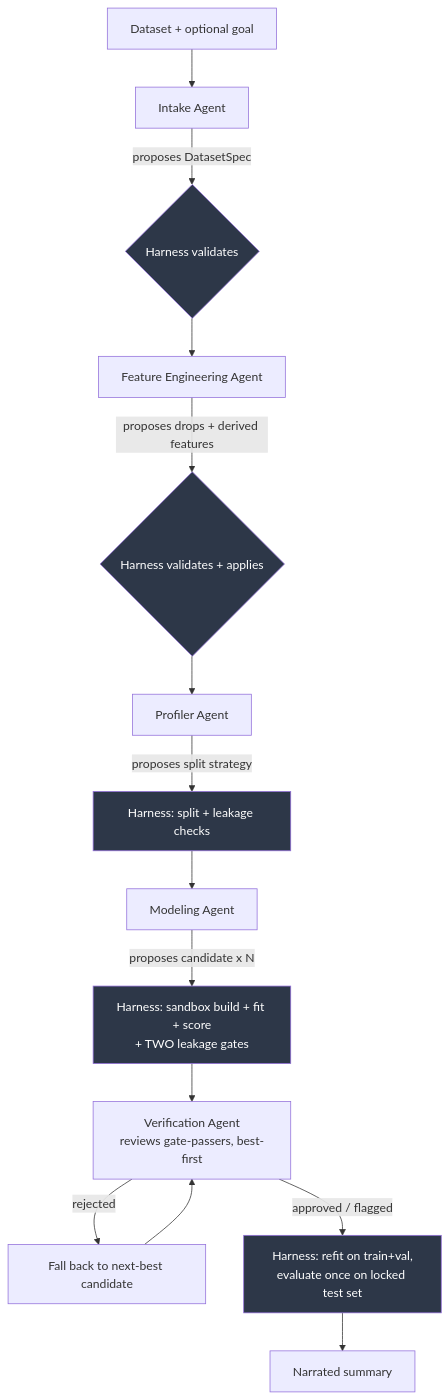
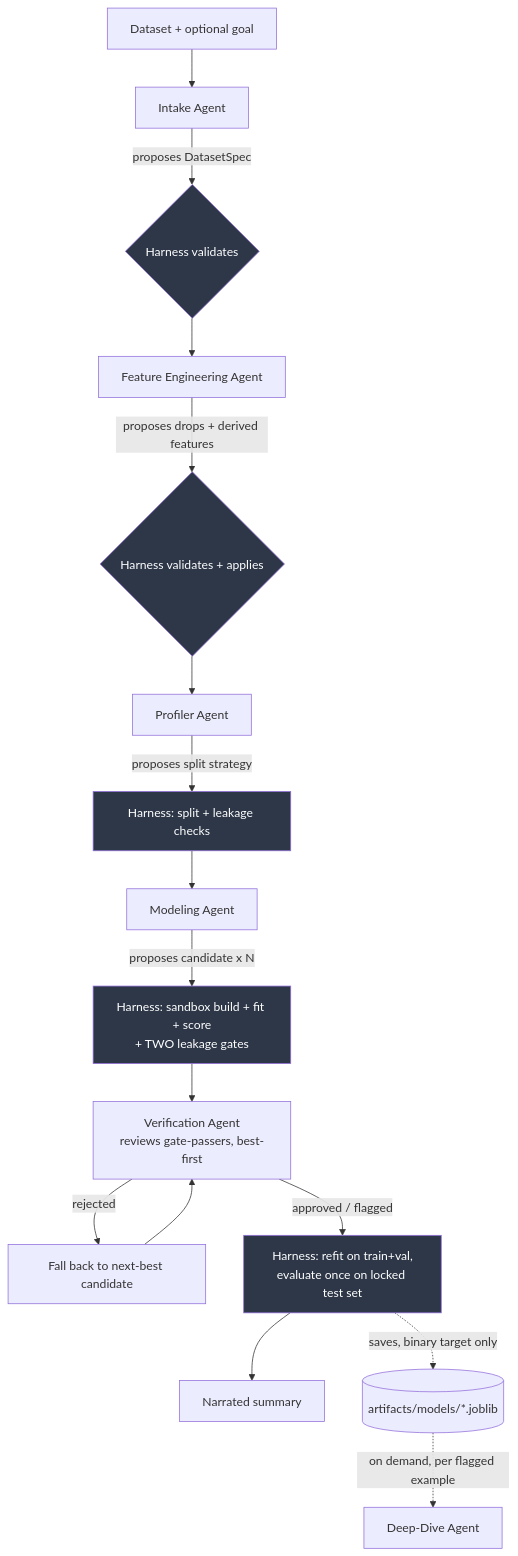
Before and after one commit to meaton96/agentic-ai-project: the diagram in agentic-ml-classification/PROJECT_OVERVIEW.md, drawn with Mermaid. The commit also changed other lines of this file and 15 other files, not shown here.

````diff
--- a/agentic-ml-classification/PROJECT_OVERVIEW.md
+++ b/agentic-ml-classification/PROJECT_OVERVIEW.md
@@ -68,22 +68,24 @@
 ```mermaid
 flowchart TD
     A[Dataset + optional goal] --> B[Intake Agent]
     B -->|proposes DatasetSpec| C{Harness validates}
     C --> FE[Feature Engineering Agent]
     FE -->|proposes drops + derived features| FEV{Harness validates + applies}
     FEV --> D[Profiler Agent]
     D -->|proposes split strategy| E[Harness: split + leakage checks]
     E --> F[Modeling Agent]
     F -->|proposes candidate x N| G[Harness: sandbox build + fit + score<br/>+ TWO leakage gates]
     G --> K[Verification Agent<br/>reviews gate-passers, best-first]
     K -->|rejected| F2[Fall back to next-best candidate]
     F2 --> K
     K -->|approved / flagged| I[Harness: refit on train+val,<br/>evaluate once on locked test set]
     I --> J[Narrated summary]
+    I -.->|saves, binary target only| M[(artifacts/models/*.joblib)]
+    M -.->|on demand, per flagged example| DD[Deep-Dive Agent]
 
     style C fill:#2d3748,color:#fff
     style FEV fill:#2d3748,color:#fff
     style E fill:#2d3748,color:#fff
     style G fill:#2d3748,color:#fff
     style I fill:#2d3748,color:#fff
 ```
````
